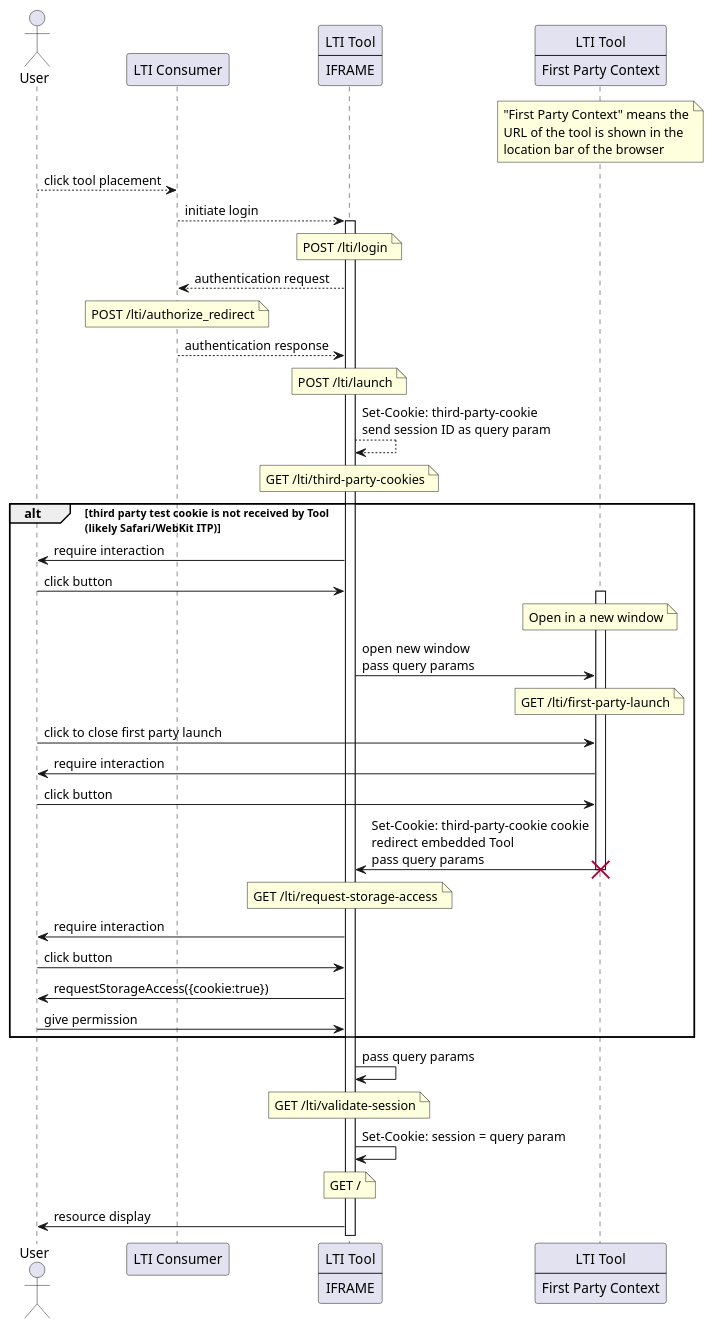
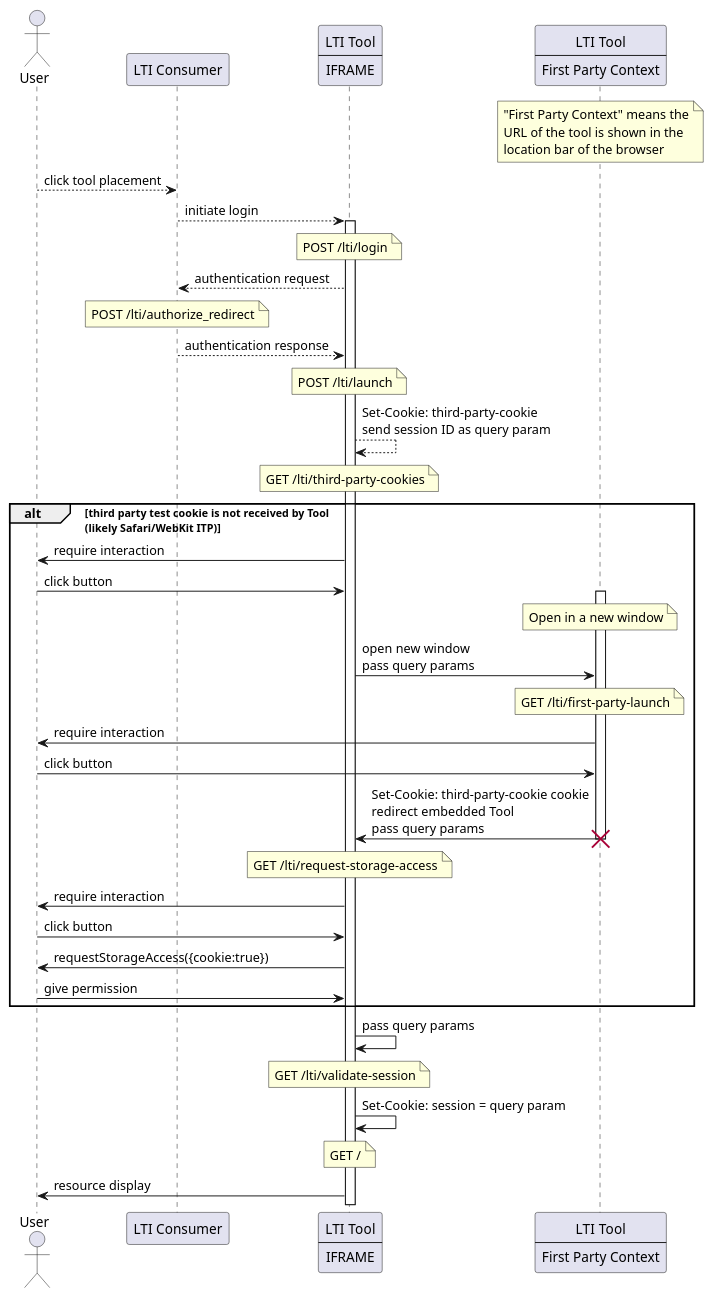
Before and after one commit to groton-school/slim-lti-partitioned-session: the diagram in docs/sequence.puml, drawn with PlantUML. The commit also changed 1 other file, not shown here.

```diff
--- a/docs/sequence.puml
+++ b/docs/sequence.puml
@@ -1,56 +1,55 @@
 @startuml Third Party Session Cookie Flow
 
 actor User as user
 participant "LTI Consumer" as consumer
 participant tool [
   LTI Tool
   ----
   IFRAME
 ]
 participant 1p [
   LTI Tool
   ----
   First Party Context
 ]
 
 note over 1p : "First Party Context" means the\nURL of the tool is shown in the\nlocation bar of the browser
 user --> consumer : click tool placement
 consumer --> tool : initiate login
 activate tool
 note over tool : POST /lti/login
 tool --> consumer : authentication request
 note over consumer : POST /lti/authorize_redirect 
 consumer --> tool : authentication response
 note over tool : POST /lti/launch
 tool --> tool :  Set-Cookie: third-party-cookie\nsend session ID as query param
 note over tool : GET /lti/third-party-cookies
 
 alt third party test cookie is not received by Tool\n(likely Safari/WebKit ITP)
 
 tool -> user : require interaction
 user -> tool : click button
 note over 1p: Open in a new window
 activate 1p
 tool -> 1p : open new window\npass query params
 note over 1p : GET /lti/first-party-launch
 
-user -> 1p : click to close first party launch
 1p -> user : require interaction
 user -> 1p : click button
 1p -> tool : Set-Cookie: third-party-cookie cookie\nredirect embedded Tool\npass query params
 note over tool : GET /lti/request-storage-access
 destroy 1p
 tool -> user : require interaction
 user -> tool : click button
 tool -> user : requestStorageAccess({cookie:true})
 user -> tool : give permission
 
 end
 
 tool -> tool : pass query params
 note over tool : GET /lti/validate-session
 tool -> tool : Set-Cookie: session = query param
 note over tool : GET /
 tool -> user : resource display
 
 @enduml
```
